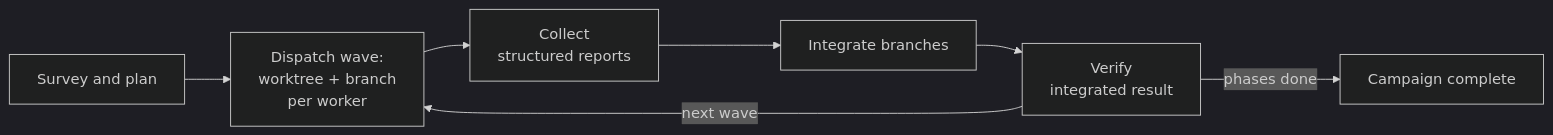
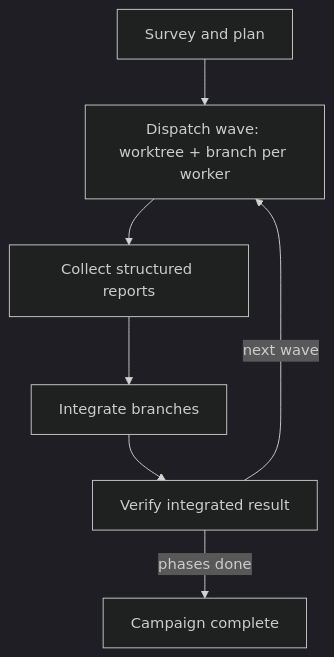
One commit to brichase/a-fable-of-codexes changed the second of 2 diagrams in README.md. Above: the diagram before and after it, drawn with Mermaid (dark theme). The commit also changed other lines of this file, not shown here.

First line of the commit message:
Fix diagram rendering: vertical layouts, no overlapping labels

````diff
--- a/README.md
+++ b/README.md
@@ -90,9 +87,9 @@
 ```mermaid
-flowchart LR
-    A[Survey and plan] --> B[Dispatch wave:<br>worktree + branch<br>per worker]
-    B --> C[Collect<br>structured reports]
+flowchart TD
+    A[Survey and plan] --> B[Dispatch wave: worktree + branch per worker]
+    B --> C[Collect structured reports]
     C --> D[Integrate branches]
-    D --> E[Verify<br>integrated result]
+    D --> E[Verify integrated result]
     E -->|next wave| B
     E -->|phases done| F[Campaign complete]
 ```
````
